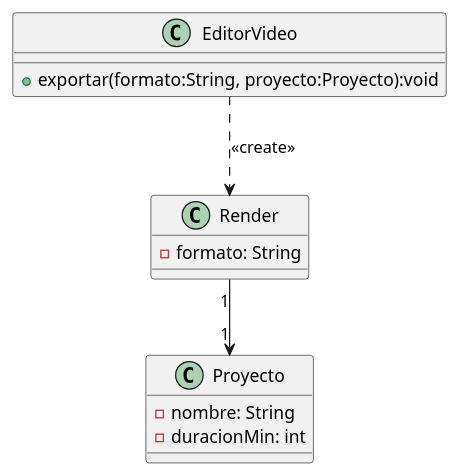
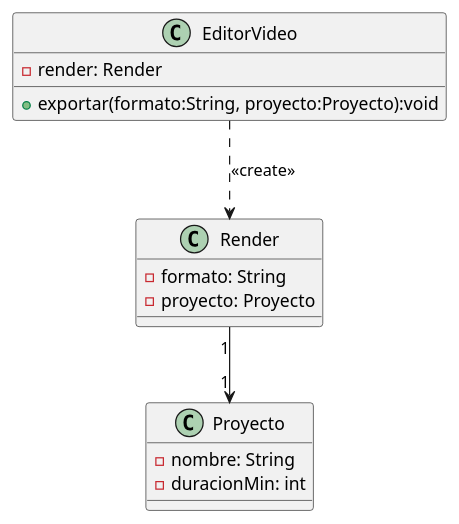
Before and after one commit to guillecampoy/tp5-UML: the diagram in docs/uml/plantuml/14-editorVideo-proyecto-render.puml, drawn with PlantUML. The commit also changed 13 other files, not shown here.

Commit message:
Se ajustan archivos puml(UML) con nombres de variables, atributos faltantes

```diff
--- a/docs/uml/plantuml/14-editorVideo-proyecto-render.puml
+++ b/docs/uml/plantuml/14-editorVideo-proyecto-render.puml
@@ -1,17 +1,19 @@
 @startuml
 class EditorVideo {
+-render: Render
 +exportar(formato:String, proyecto:Proyecto):void
 }
 
 class Proyecto {
 -nombre: String
 -duracionMin: int
 }
 
 class Render {
 -formato: String
+-proyecto: Proyecto
 }
 
 Render "1" --> "1" Proyecto
 EditorVideo ..> Render : <<create>>
 @enduml
```
